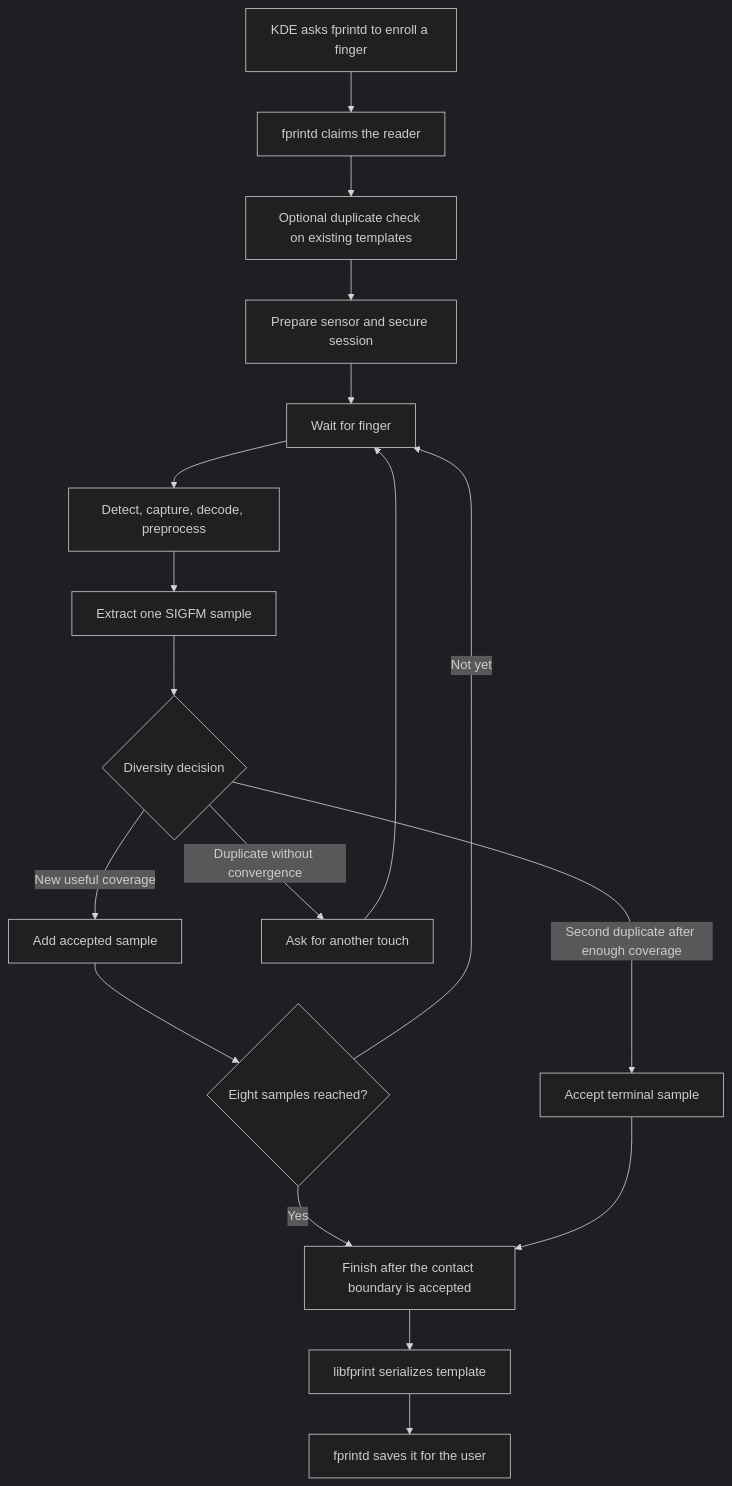
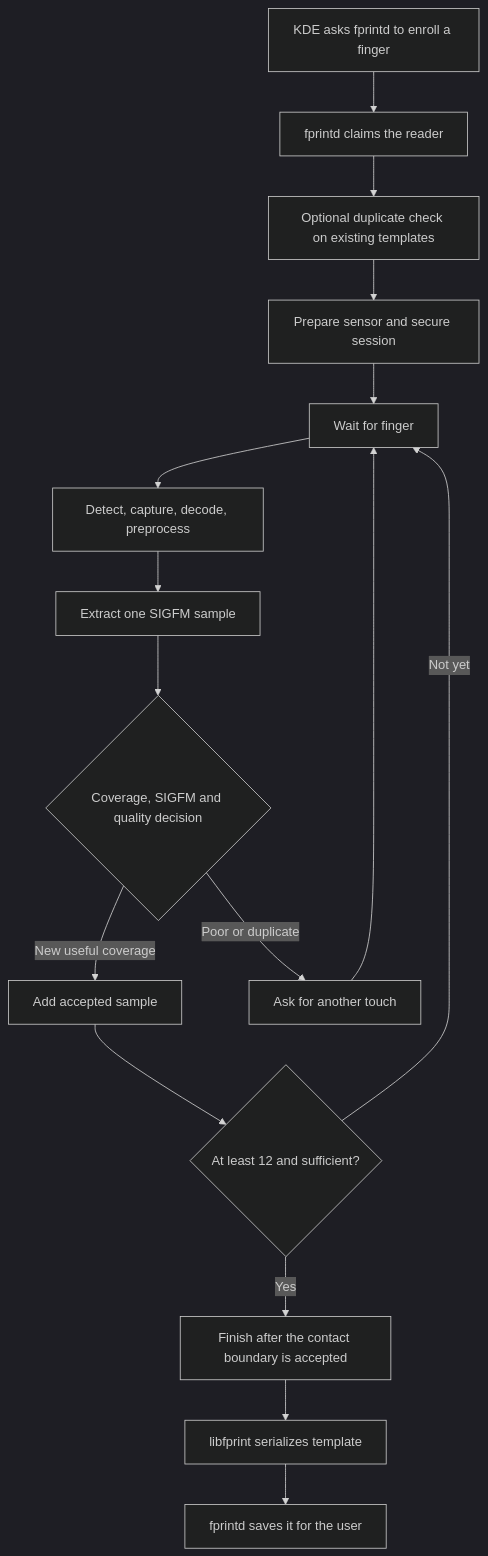
The diagram in docs/learning/06_enrollment.md (sorguido/goodix-27c6-5125), drawn with Mermaid (dark theme) before and after one commit. The commit also changed other lines of this file and 14 other files, not shown here.

````diff
--- a/docs/learning/06_enrollment.md
+++ b/docs/learning/06_enrollment.md
@@ -28,20 +28,18 @@
 ```mermaid
 flowchart TD
     A["KDE asks fprintd to enroll a finger"] --> B["fprintd claims the reader"]
     B --> C["Optional duplicate check on existing templates"]
     C --> D["Prepare sensor and secure session"]
     D --> E["Wait for finger"]
     E --> F["Detect, capture, decode, preprocess"]
     F --> G["Extract one SIGFM sample"]
-    G --> H{"Diversity decision"}
+    G --> H{"Coverage, SIGFM and quality decision"}
     H -->|New useful coverage| I["Add accepted sample"]
-    H -->|Duplicate without convergence| J["Ask for another touch"]
-    H -->|Second duplicate after enough coverage| T["Accept terminal sample"]
-    I --> K{"Eight samples reached?"}
+    H -->|Poor or duplicate| J["Ask for another touch"]
+    I --> K{"At least 12 and sufficient?"}
     J --> E
     K -->|Not yet| E
     K -->|Yes| L["Finish after the contact boundary is accepted"]
-    T --> L
     L --> M["libfprint serializes template"]
     M --> N["fprintd saves it for the user"]
 ```
````
